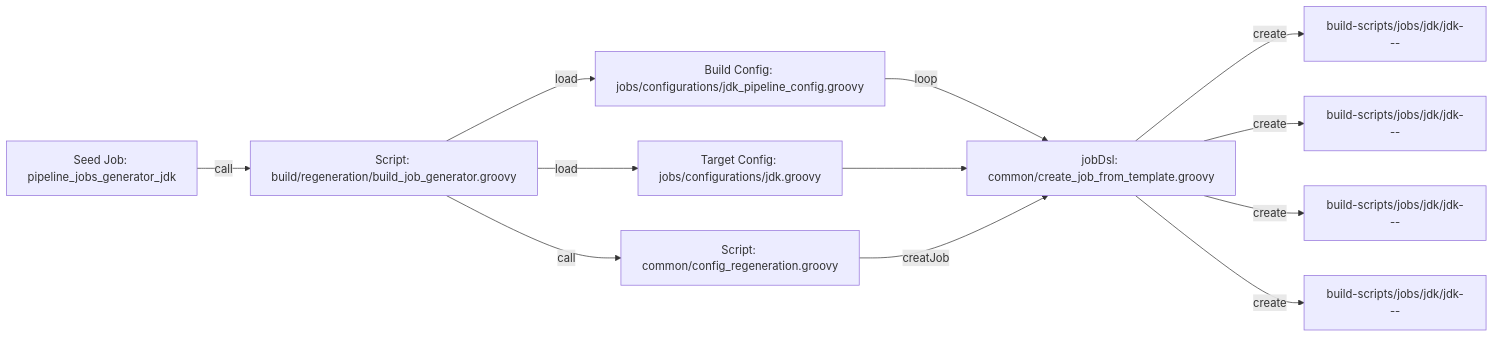
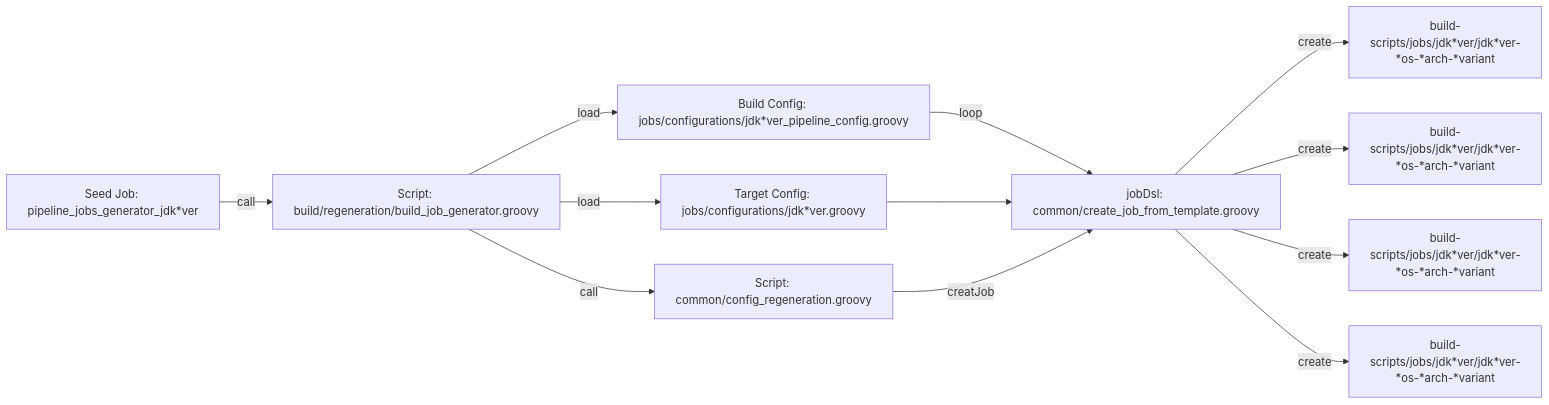
One commit to adoptium/ci-jenkins-pipelines changed the fourth of 9 diagrams in docs/diagram.md. Above: the diagram before and after it, drawn with Mermaid. The commit also changed other lines of this file and 1 other file, not shown here.

````diff
--- a/docs/diagram.md
+++ b/docs/diagram.md
@@ -33,14 +33,14 @@
 ```mermaid
 flowchart  LR
-Seed2[Seed Job: pipeline_jobs_generator_jdk<ver>] --call-->  
+Seed2[Seed Job: pipeline_jobs_generator_jdk*ver] --call-->
 Call2[Script: build/regeneration/build_job_generator.groovy]
 
-Call2 --load--> Load1[Build Config: jobs/configurations/jdk<ver>_pipeline_config.groovy] --loop--> DSL[jobDsl: common/create_job_from_template.groovy]
-Call2 --load--> Load2[Target Config: jobs/configurations/jdk<ver>.groovy] --> DSL
+Call2 --load--> Load1[Build Config: jobs/configurations/jdk*ver_pipeline_config.groovy] --loop--> DSL[jobDsl: common/create_job_from_template.groovy]
+Call2 --load--> Load2[Target Config: jobs/configurations/jdk*ver.groovy] --> DSL
 Call2 --call--> Load3[Script: common/config_regeneration.groovy] --creatJob--> DSL
 
-DSL --create--> DS1[build-scripts/jobs/jdk<ver>/jdk<version>-<os>-<arch>-<variant>]
-DSL --create--> DS2[build-scripts/jobs/jdk<ver>/jdk<version>-<os>-<arch>-<variant>]
-DSL --create--> DS3[build-scripts/jobs/jdk<ver>/jdk<version>-<os>-<arch>-<variant>]
-DSL --create--> DS4[build-scripts/jobs/jdk<ver>/jdk<version>-<os>-<arch>-<variant>]
+DSL --create--> DS1[build-scripts/jobs/jdk*ver/jdk*ver-*os-*arch-*variant]
+DSL --create--> DS2[build-scripts/jobs/jdk*ver/jdk*ver-*os-*arch-*variant]
+DSL --create--> DS3[build-scripts/jobs/jdk*ver/jdk*ver-*os-*arch-*variant]
+DSL --create--> DS4[build-scripts/jobs/jdk*ver/jdk*ver-*os-*arch-*variant]
 ```
````
